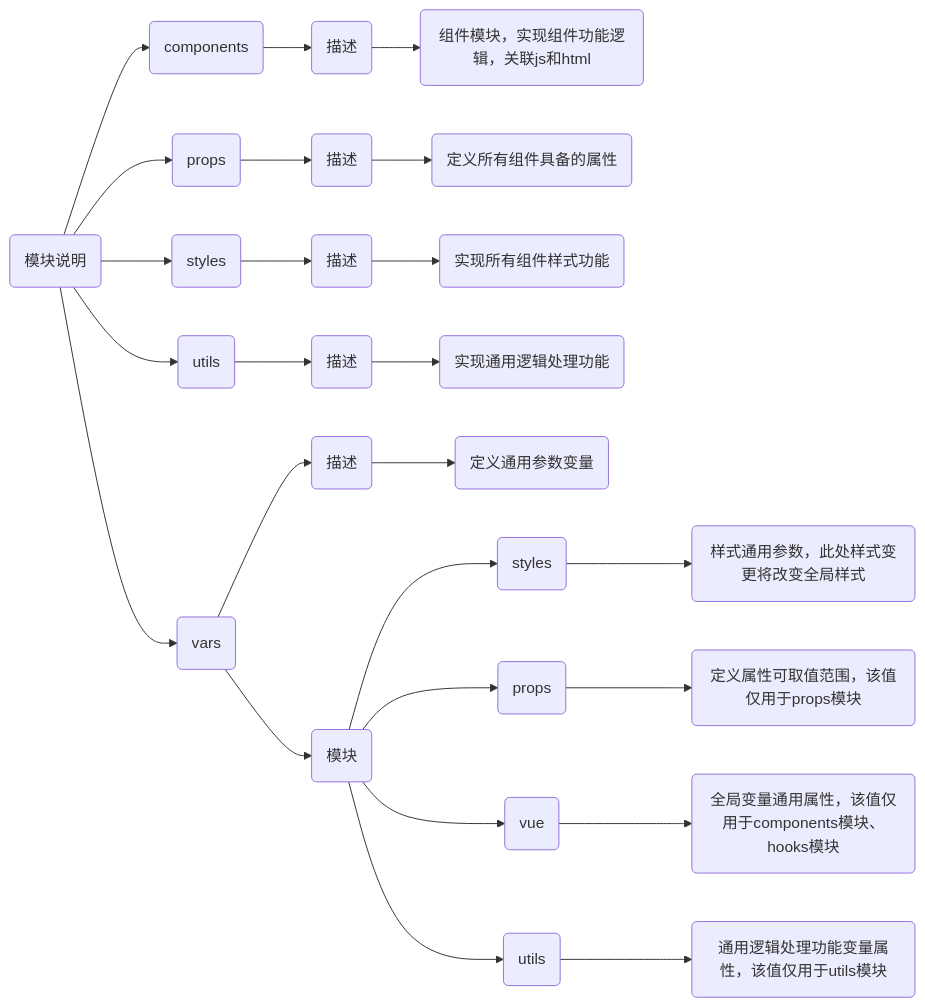
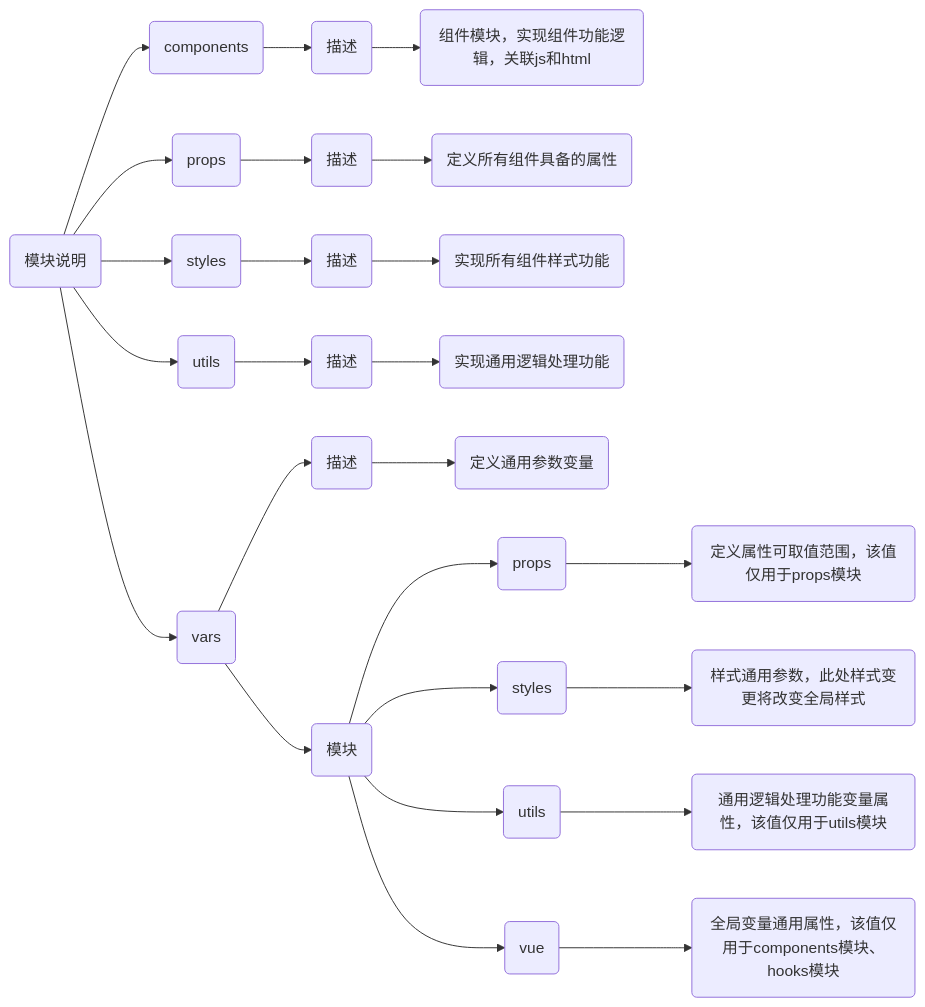
One commit to IsolatedTraveler/wdxx-ui changed the diagram in packages/README.md. Above: the diagram before and after it, drawn with Mermaid.

````diff
--- a/packages/README.md
+++ b/packages/README.md
@@ -1,16 +1,16 @@
 ```mermaid
 graph LR
 A("模块说明")-->AA("components")-->AAA("描述")-->AAAA("组件模块，实现组件功能逻辑，关联js和html")
 
 A-->AB("props")-->ABA("描述")-->ABAA("定义所有组件具备的属性")
 
 A-->AC("styles")-->ACA("描述")-->ACAA("实现所有组件样式功能")
 
 A-->AD("utils")-->ADA("描述")-->ADAA("实现通用逻辑处理功能")
 
 A-->AE("vars")-->AEA("描述")-->AEAA("定义通用参数变量")
-AE-->AEB("模块")-->AEBA("styles")-->AEBAA("样式通用参数，此处样式变更将改变全局样式")
-AEB-->AEBB("props")-->AEBBA("定义属性可取值范围，该值仅用于props模块")
-AEB-->AEBC("vue")-->AEBCA("全局变量通用属性，该值仅用于components模块、hooks模块")
-AEB-->AEBD("utils")-->AEBDA("通用逻辑处理功能变量属性，该值仅用于utils模块")
+AE-->AEB("模块")-->AEBA("props")-->AEBAA("定义属性可取值范围，该值仅用于props模块")
+AEB-->AEBB("styles")-->AEBBA("样式通用参数，此处样式变更将改变全局样式")
+AEB-->AEBC("utils")-->AEBCA("通用逻辑处理功能变量属性，该值仅用于utils模块")
+AEB-->AEBD("vue")-->AEBDA("全局变量通用属性，该值仅用于components模块、hooks模块")
 ```
````
